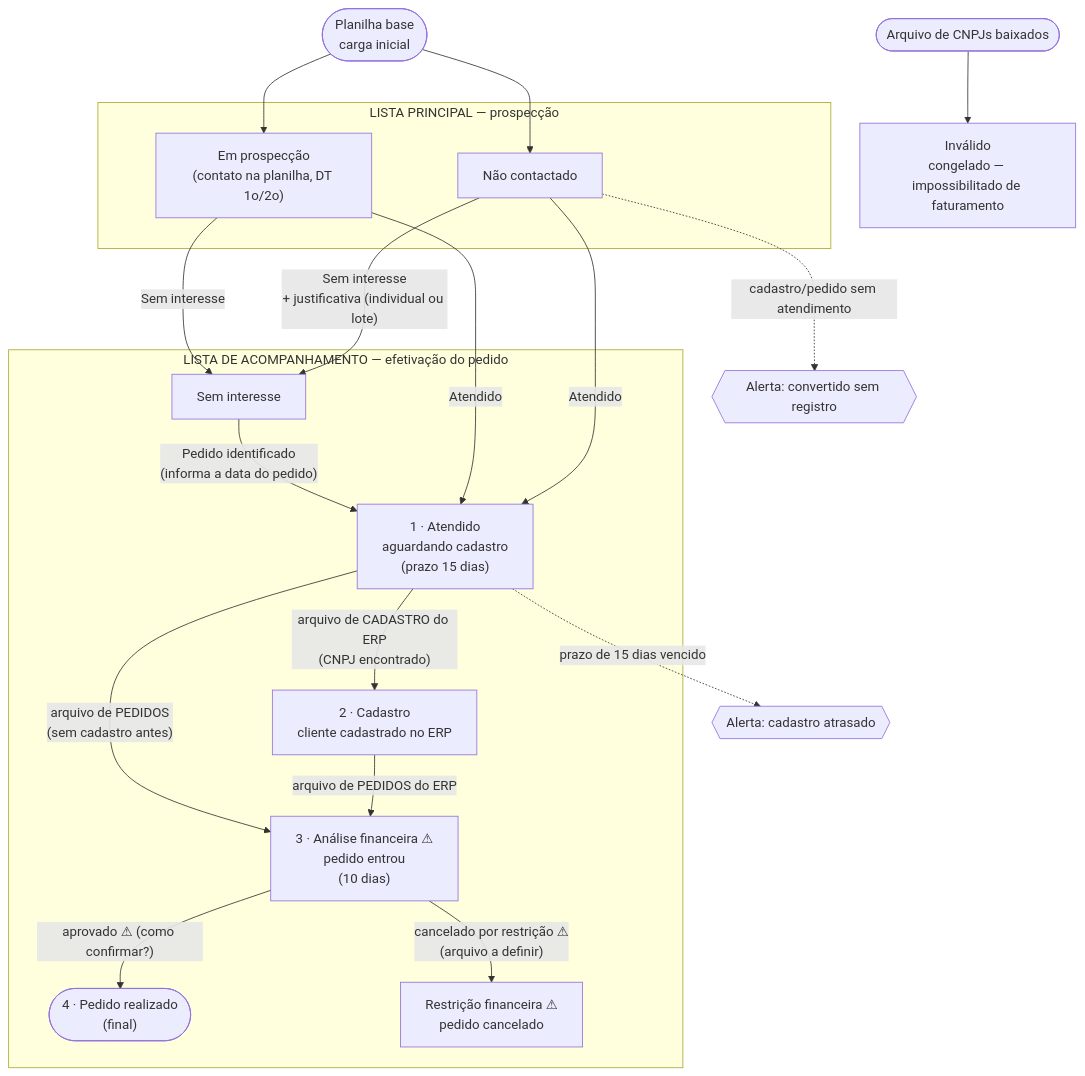
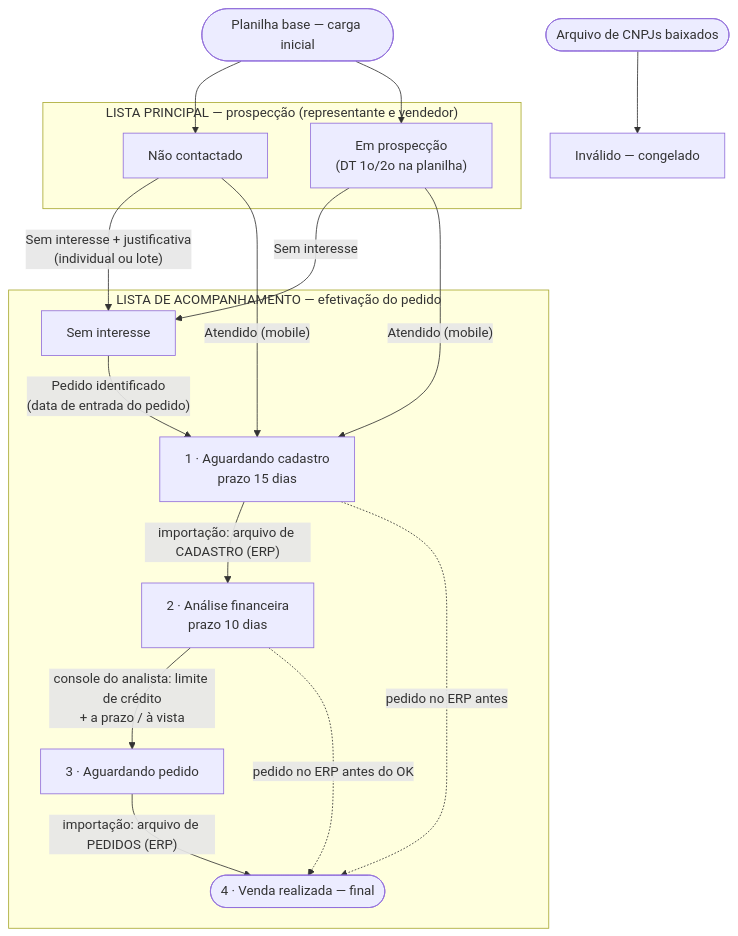
One commit to EquipeGF2/Germani_Prospect changed the diagram in docs/08-fluxo-processo.md. Above: the diagram before and after it, drawn with Mermaid. The commit also changed other lines of this file and 29 other files, not shown here.

First line of the commit message:
Etapas pós-atendimento, console financeiro e histórico de movimentação

````diff
--- a/docs/08-fluxo-processo.md
+++ b/docs/08-fluxo-processo.md
@@ -7,36 +6,27 @@
 ```mermaid
 flowchart TD
-    BASE([Planilha base<br/>carga inicial]) --> NC[Não contactado]
-    BASE --> EP["Em prospecção<br/>(contato na planilha, DT 1o/2o)"]
-
-    subgraph LP [" LISTA PRINCIPAL — prospecção "]
+    BASE([Planilha base — carga inicial]) --> NC[Não contactado]
+    BASE --> EP["Em prospecção<br/>(DT 1o/2o na planilha)"]
+    subgraph LP [" LISTA PRINCIPAL — prospecção (representante e vendedor) "]
         NC
         EP
     end
-
-    NC -- "Sem interesse<br/>+ justificativa (individual ou lote)" --> SI[Sem interesse]
+    NC -- "Sem interesse + justificativa<br/>(individual ou lote)" --> SI[Sem interesse]
     EP -- "Sem interesse" --> SI
-    NC -- "Atendido" --> AT
-    EP -- "Atendido" --> AT
-
-    subgraph AC [" LISTA DE ACOMPANHAMENTO — efetivação do pedido "]
-        AT["1 · Atendido<br/>aguardando cadastro<br/>(prazo 15 dias)"]
-        CAD["2 · Cadastro<br/>cliente cadastrado no ERP"]
-        AF["3 · Análise financeira ⚠<br/>pedido entrou<br/>(10 dias)"]
-        PR(["4 · Pedido realizado<br/>(final)"])
-        RF["Restrição financeira ⚠<br/>pedido cancelado"]
+    NC -- "Atendido (mobile)" --> AC
+    EP -- "Atendido (mobile)" --> AC
+    subgraph ACOMP [" LISTA DE ACOMPANHAMENTO — efetivação do pedido "]
+        AC["1 · Aguardando cadastro<br/>prazo 15 dias"]
+        AF["2 · Análise financeira<br/>prazo 10 dias"]
+        AP["3 · Aguardando pedido"]
+        VR(["4 · Venda realizada — final"])
         SI
     end
-
-    AT -- "arquivo de CADASTRO do ERP<br/>(CNPJ encontrado)" --> CAD
-    CAD -- "arquivo de PEDIDOS do ERP" --> AF
-    AT -- "arquivo de PEDIDOS<br/>(sem cadastro antes)" --> AF
-    AF -- "aprovado ⚠ (como confirmar?)" --> PR
-    AF -- "cancelado por restrição ⚠<br/>(arquivo a definir)" --> RF
-    SI -- "Pedido identificado<br/>(informa a data do pedido)" --> AT
-
-    AT -. "prazo de 15 dias vencido" .-> AL1{{Alerta: cadastro atrasado}}
-    NC -. "cadastro/pedido sem atendimento" .-> AL2{{Alerta: convertido sem registro}}
-
-    BX([Arquivo de CNPJs baixados]) --> INV[Inválido<br/>congelado — impossibilitado de faturamento]
+    AC -- "importação: arquivo de CADASTRO (ERP)" --> AF
+    AF -- "console do analista: limite de crédito<br/>+ a prazo / à vista" --> AP
+    AP -- "importação: arquivo de PEDIDOS (ERP)" --> VR
+    AC -. "pedido no ERP antes" .-> VR
+    AF -. "pedido no ERP antes do OK" .-> VR
+    SI -- "Pedido identificado<br/>(data de entrada do pedido)" --> AC
+    BX([Arquivo de CNPJs baixados]) --> INV[Inválido — congelado]
 ```
````
